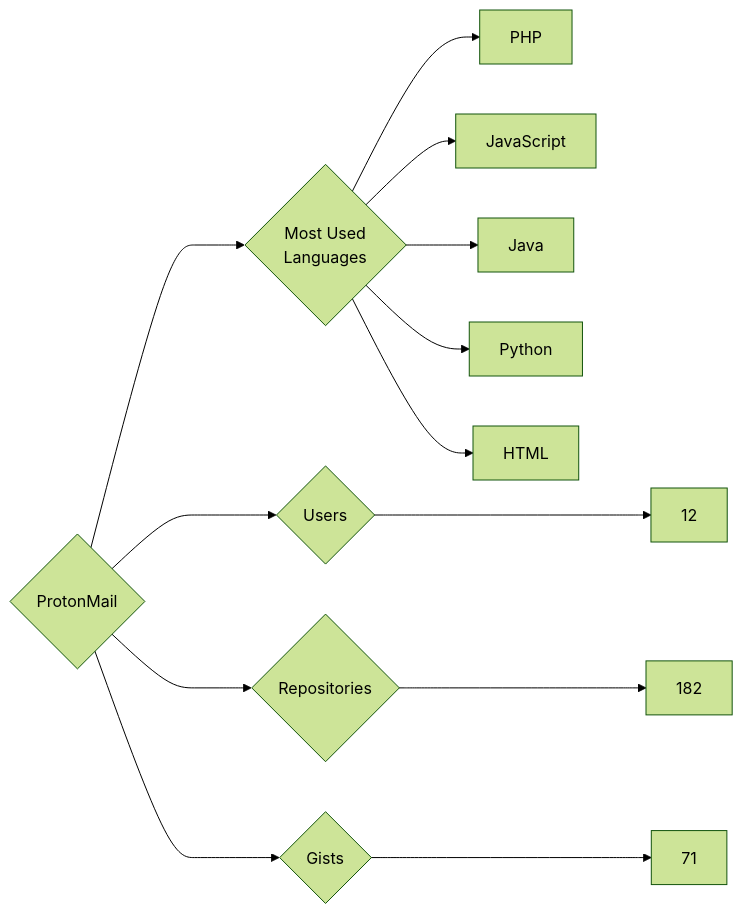
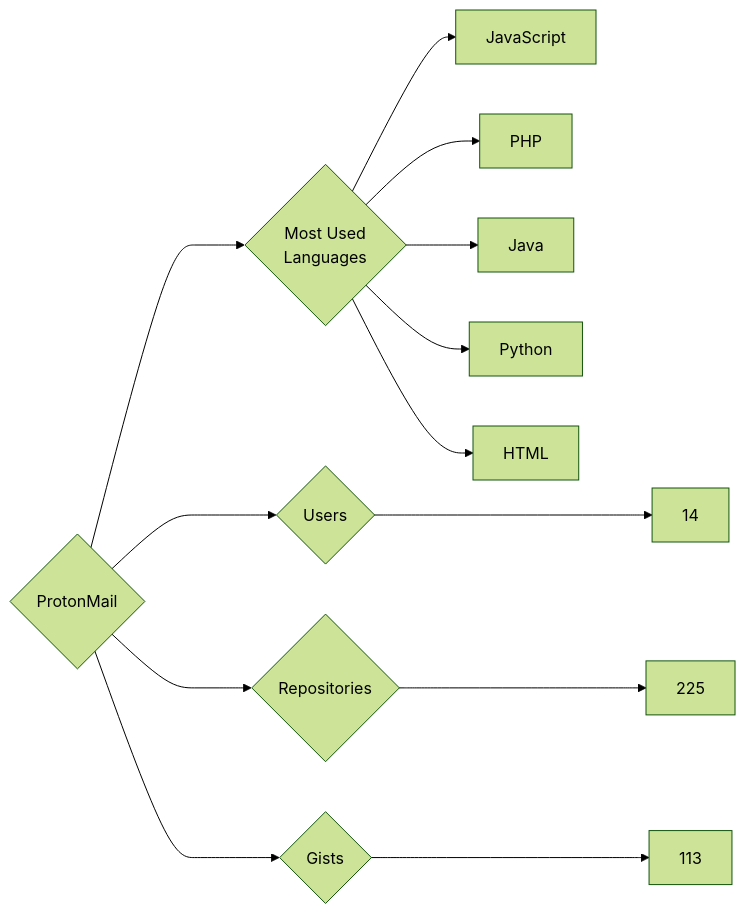
The diagram in targets/ProtonMail/README.md (trickest/insiders), drawn with Mermaid (forest theme) before and after one commit. The commit also changed 787 other files, not shown here.

````diff
--- a/targets/ProtonMail/README.md
+++ b/targets/ProtonMail/README.md
@@ -3,13 +3,13 @@
 ```mermaid
 graph LR
 COMPANY_NAME{ProtonMail}
-COMPANY_NAME ---> U{Users} ---> UN[12]
-COMPANY_NAME ---> R{Repositories} ---> RN[182]
-COMPANY_NAME ---> G{Gists} ---> GN[71]
+COMPANY_NAME ---> U{Users} ---> UN[14]
+COMPANY_NAME ---> R{Repositories} ---> RN[225]
+COMPANY_NAME ---> G{Gists} ---> GN[113]
 COMPANY_NAME ---> ML{Most Used<br>Languages}
+ML --> JavaScript[JavaScript]
 ML --> PHP[PHP]
-ML --> JavaScript[JavaScript]
 ML --> Java[Java]
 ML --> Python[Python]
 ML --> HTML[HTML]
 ```
````
